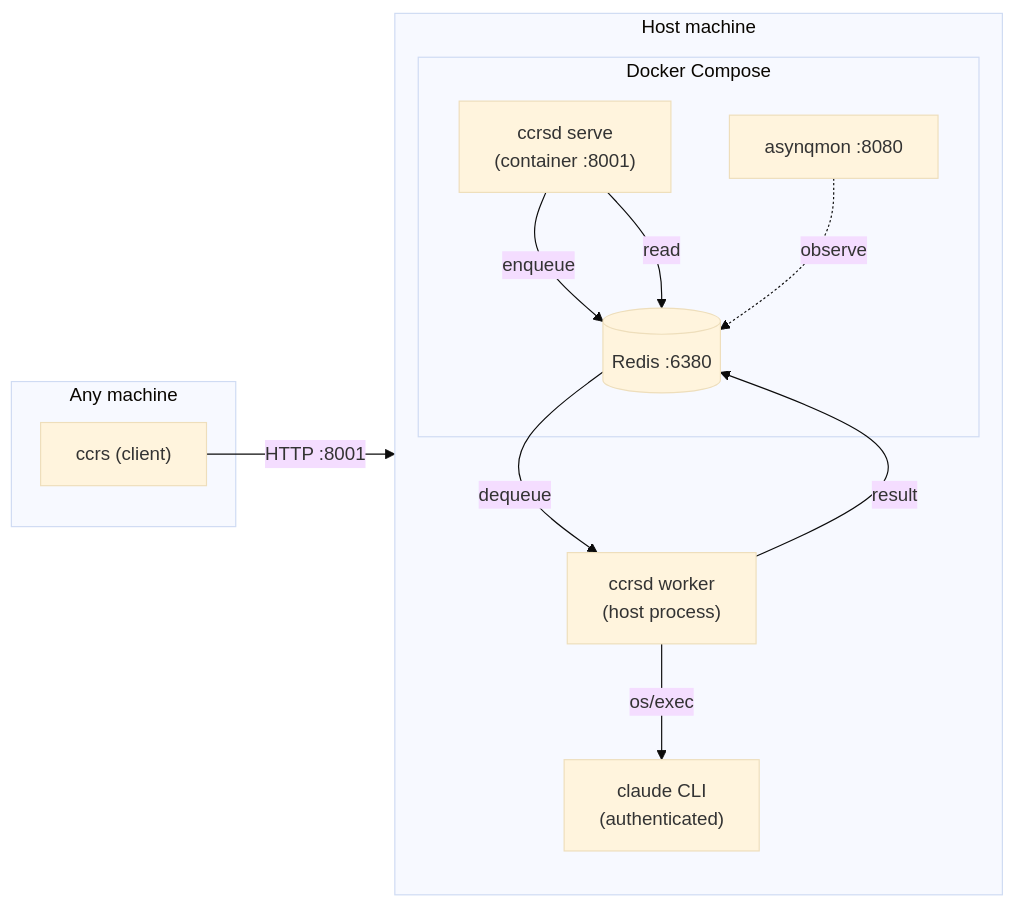
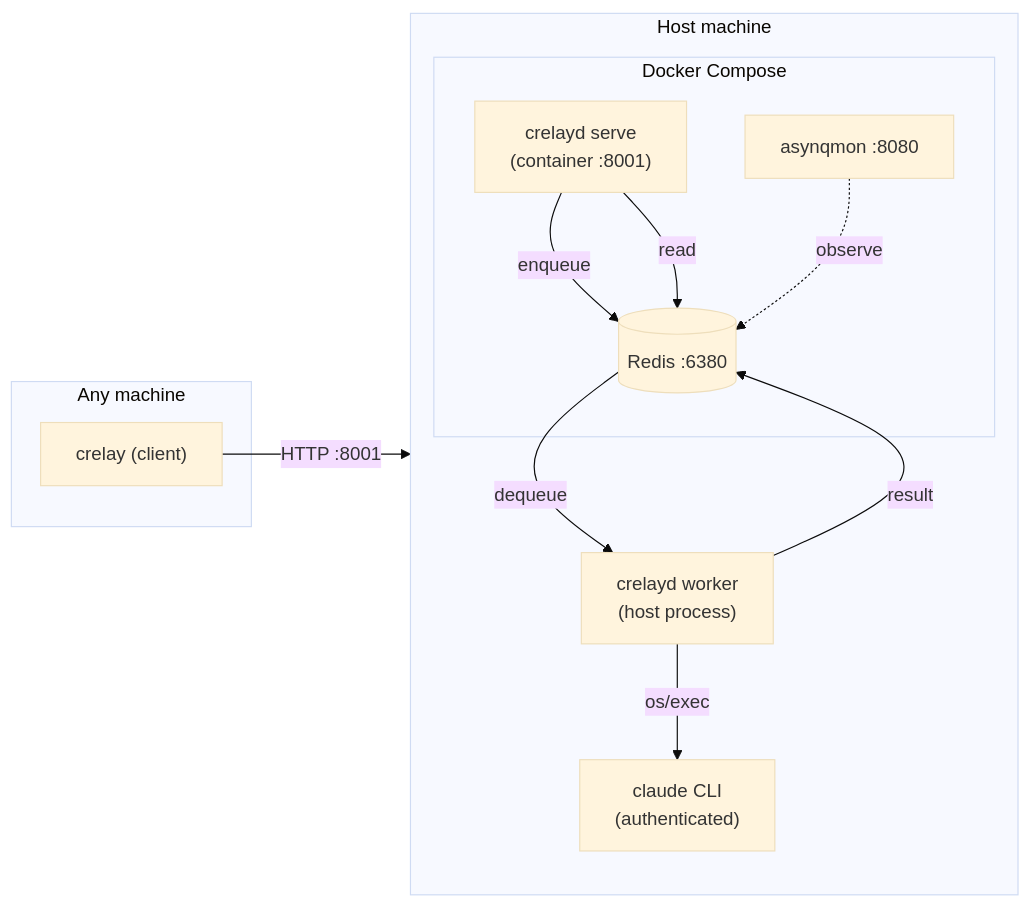
One commit to vedanta/ccrs changed the second of 3 diagrams in ARCHITECTURE-GO.md. Above: the diagram before and after it, drawn with Mermaid (base theme). The commit also changed other lines of this file, not shown here.

First line of the commit message:
Rename project CCRS -> crelay in architecture doc

````diff
--- a/ARCHITECTURE-GO.md
+++ b/ARCHITECTURE-GO.md
@@ -82,26 +93,26 @@
 ```mermaid
 flowchart LR
     subgraph laptop["Any machine"]
-        C["ccrs (client)"]
+        C["crelay (client)"]
     end
 
     subgraph host["Host machine"]
         direction TB
-        W["ccrsd worker<br/>(host process)"]
+        W["crelayd worker<br/>(host process)"]
         CC["claude CLI<br/>(authenticated)"]
         W -->|os/exec| CC
 
         subgraph docker["Docker Compose"]
-            A["ccrsd serve<br/>(container :8001)"]
+            A["crelayd serve<br/>(container :8001)"]
             R[("Redis :6380")]
             M["asynqmon :8080"]
         end
     end
 
     C -->|HTTP :8001| A
     A -->|enqueue| R
     R -->|dequeue| W
     W -->|result| R
     A -->|read| R
     M -.->|observe| R
 ```
````
